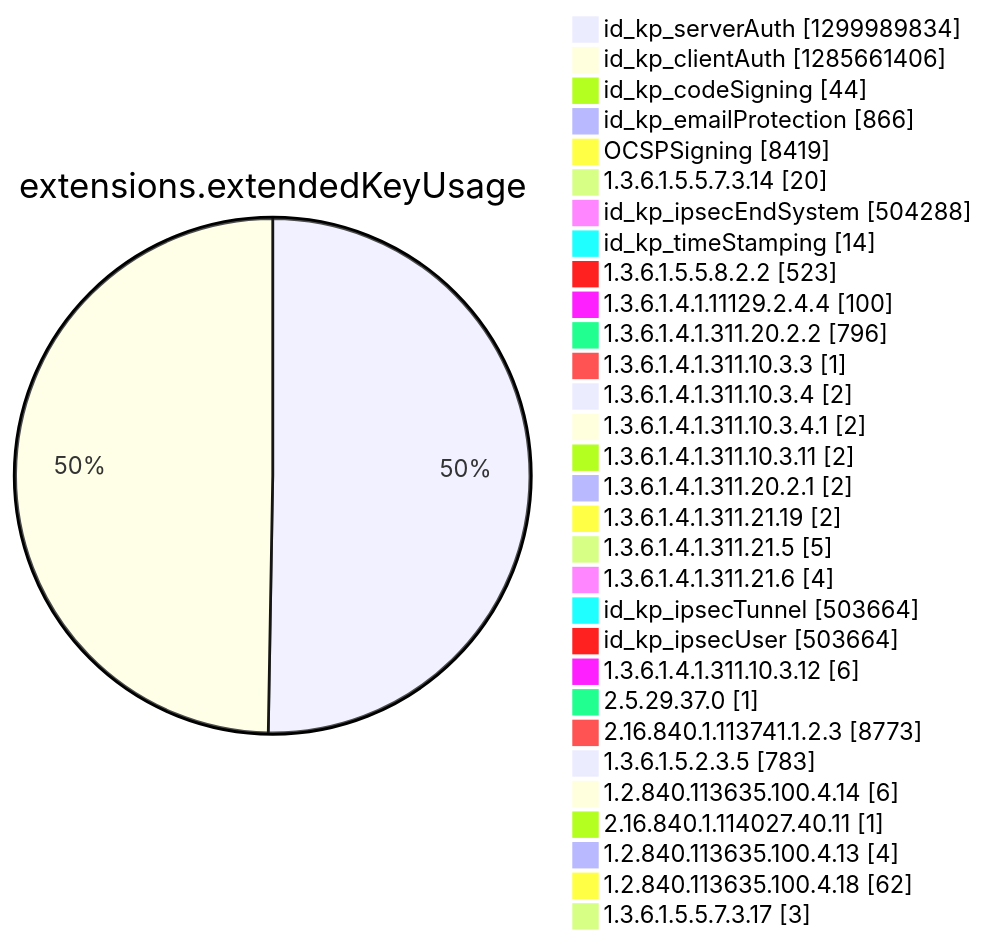
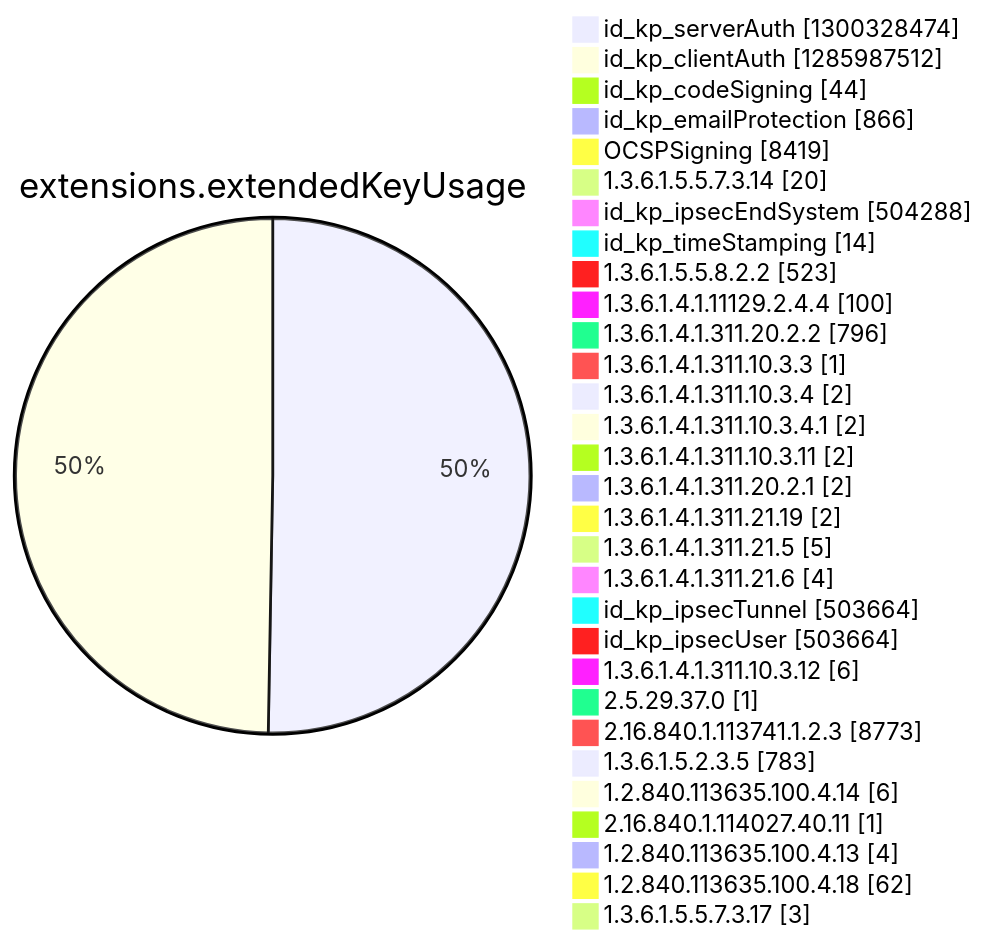
Before and after one commit to christiankrug/ctmonitor_visualization: diagram 12 of 15 in argon2022/README.md, drawn with Mermaid. The commit also changed other lines of this file, not shown here.

````diff
--- a/argon2022/README.md
+++ b/argon2022/README.md
@@ -3550,34 +3551,34 @@
 ```mermaid
 pie showData
 title extensions.extendedKeyUsage
-"id_kp_serverAuth" :1299989834
-"id_kp_clientAuth" :1285661406
+"id_kp_serverAuth" :1300328474
+"id_kp_clientAuth" :1285987512
 "id_kp_codeSigning" :44
 "id_kp_emailProtection" :866
 "OCSPSigning" :8419
 "1.3.6.1.5.5.7.3.14" :20
 "id_kp_ipsecEndSystem" :504288
 "id_kp_timeStamping" :14
 "1.3.6.1.5.5.8.2.2" :523
 "1.3.6.1.4.1.11129.2.4.4" :100
 "1.3.6.1.4.1.311.20.2.2" :796
 "1.3.6.1.4.1.311.10.3.3" :1
 "1.3.6.1.4.1.311.10.3.4" :2
 "1.3.6.1.4.1.311.10.3.4.1" :2
 "1.3.6.1.4.1.311.10.3.11" :2
 "1.3.6.1.4.1.311.20.2.1" :2
 "1.3.6.1.4.1.311.21.19" :2
 "1.3.6.1.4.1.311.21.5" :5
 "1.3.6.1.4.1.311.21.6" :4
 "id_kp_ipsecTunnel" :503664
 "id_kp_ipsecUser" :503664
 "1.3.6.1.4.1.311.10.3.12" :6
 "2.5.29.37.0" :1
 "2.16.840.1.113741.1.2.3" :8773
 "1.3.6.1.5.2.3.5" :783
 "1.2.840.113635.100.4.14" :6
 "2.16.840.1.114027.40.11" :1
 "1.2.840.113635.100.4.13" :4
 "1.2.840.113635.100.4.18" :62
 "1.3.6.1.5.5.7.3.17" :3
 ```
````
